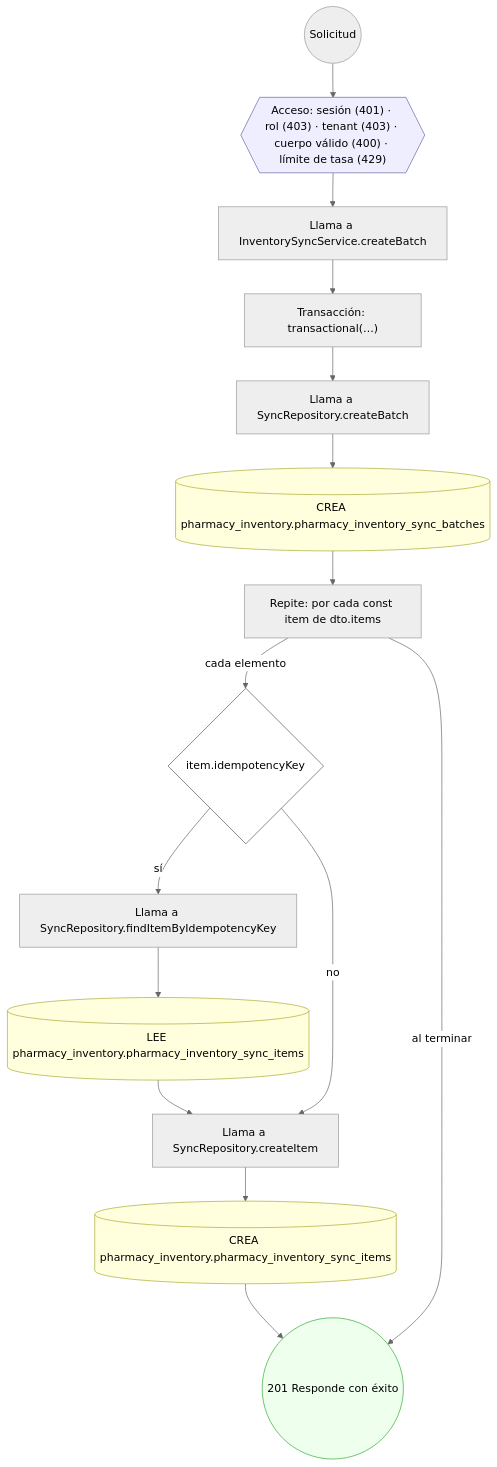
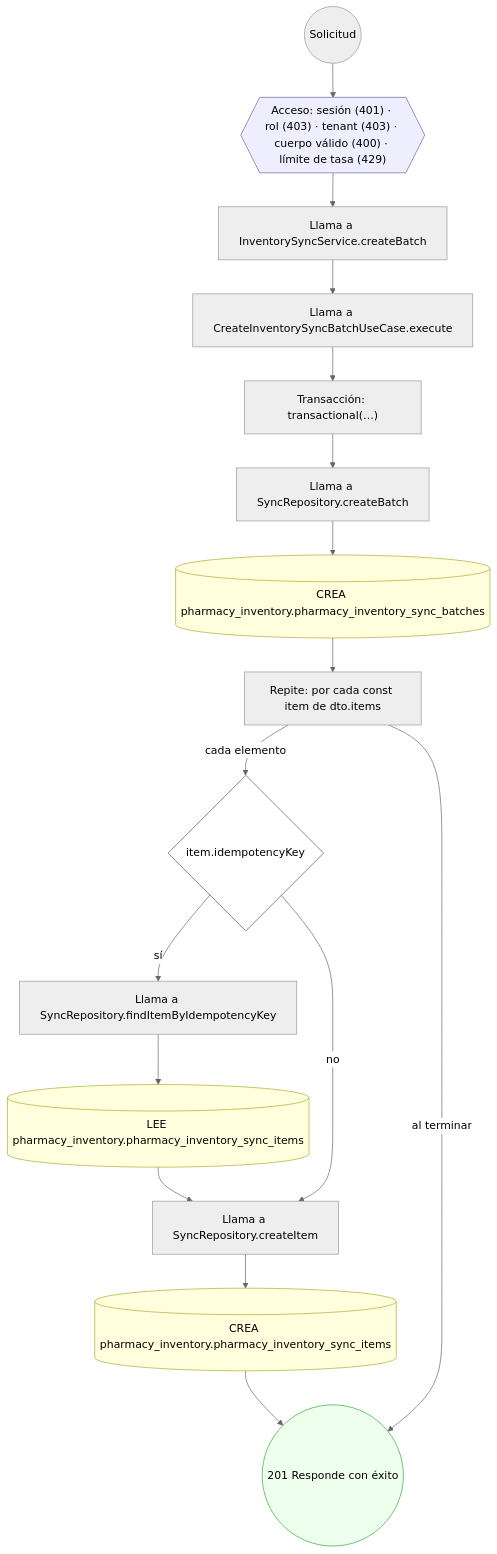
Before and after one commit to mdavila-2001/mantra-core-health-api: the fourth of 30 diagrams in docs/inventario/flujos/pharmacy_inventory.md, drawn with Mermaid (neutral theme). The commit also changed other lines of this file and 451 other files, not shown here.

````diff
--- a/docs/inventario/flujos/pharmacy_inventory.md
+++ b/docs/inventario/flujos/pharmacy_inventory.md
@@ -452,36 +454,38 @@
 ```mermaid
 flowchart TD
   n1(("Solicitud")):::inicio
   n2{{"Acceso: sesión (401) · rol (403) · tenant (403) · cuerpo válido (400) · límite de tasa (429)"}}:::acceso
   n1 --> n2
   n3["Llama a InventorySyncService.createBatch"]:::llamada
   n2 --> n3
-  n4["Transacción: transactional(…)"]:::transaccion
+  n4["Llama a CreateInventorySyncBatchUseCase.execute"]:::llamada
   n3 --> n4
-  n5["Llama a SyncRepository.createBatch"]:::llamada
+  n5["Transacción: transactional(…)"]:::transaccion
   n4 --> n5
-  n6[("CREA pharmacy_inventory.pharmacy_inventory_sync_batches")]:::efecto
+  n6["Llama a SyncRepository.createBatch"]:::llamada
   n5 --> n6
-  n7["Repite: por cada const item de dto.items"]:::bucle
+  n7[("CREA pharmacy_inventory.pharmacy_inventory_sync_batches")]:::efecto
   n6 --> n7
-  n8{"item.idempotencyKey"}:::decision
-  n7 -->|"cada elemento"| n8
-  n9["Llama a SyncRepository.findItemByIdempotencyKey"]:::llamada
-  n8 -->|"sí"| n9
-  n10[("LEE pharmacy_inventory.pharmacy_inventory_sync_items")]:::efecto
-  n9 --> n10
-  n11["Llama a SyncRepository.createItem"]:::llamada
+  n8["Repite: por cada const item de dto.items"]:::bucle
+  n7 --> n8
+  n9{"item.idempotencyKey"}:::decision
+  n8 -->|"cada elemento"| n9
+  n10["Llama a SyncRepository.findItemByIdempotencyKey"]:::llamada
+  n9 -->|"sí"| n10
+  n11[("LEE pharmacy_inventory.pharmacy_inventory_sync_items")]:::efecto
   n10 --> n11
-  n8 -->|"no"| n11
-  n12[("CREA pharmacy_inventory.pharmacy_inventory_sync_items")]:::efecto
+  n12["Llama a SyncRepository.createItem"]:::llamada
   n11 --> n12
-  n13(("201 Responde con éxito")):::ok
+  n9 -->|"no"| n12
+  n13[("CREA pharmacy_inventory.pharmacy_inventory_sync_items")]:::efecto
   n12 --> n13
-  n7 -->|"al terminar"| n13
+  n14(("201 Responde con éxito")):::ok
+  n13 --> n14
+  n8 -->|"al terminar"| n14
   classDef acceso fill:#eef,stroke:#66a
   classDef error fill:#fee,stroke:#c33
   classDef ok fill:#efe,stroke:#3a3
   classDef efecto fill:#ffd,stroke:#aa3
   classDef decision fill:#fff,stroke:#555
   classDef corte fill:#eee,stroke:#999,stroke-dasharray: 4
 ```
````
